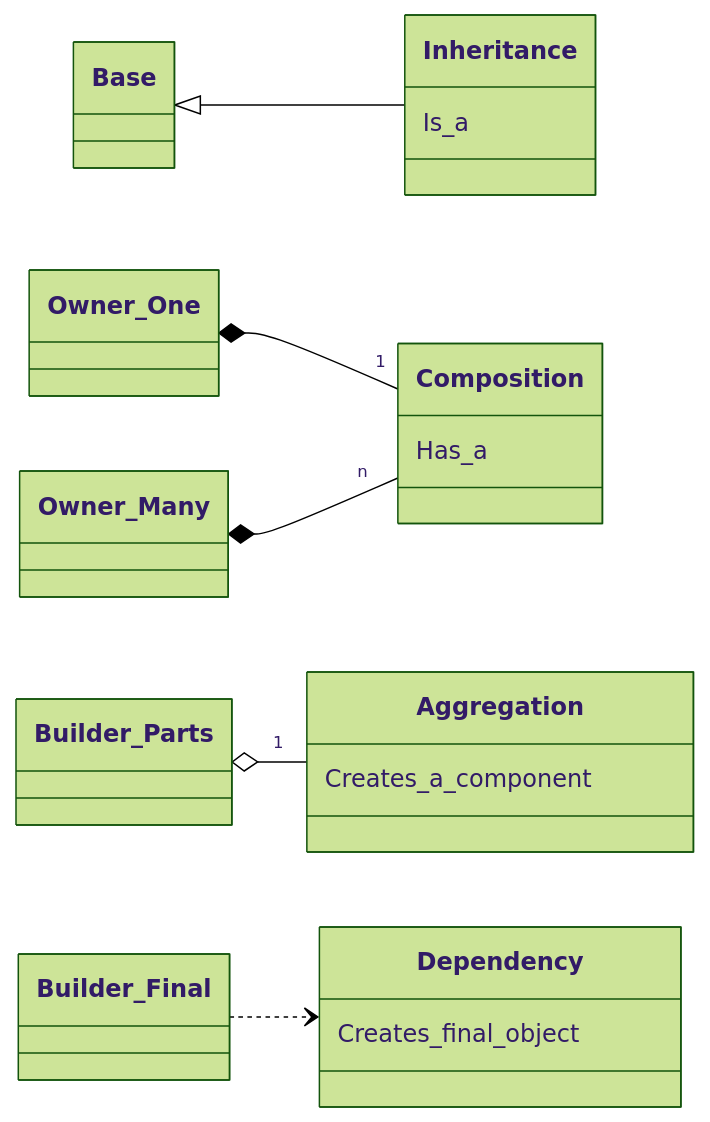
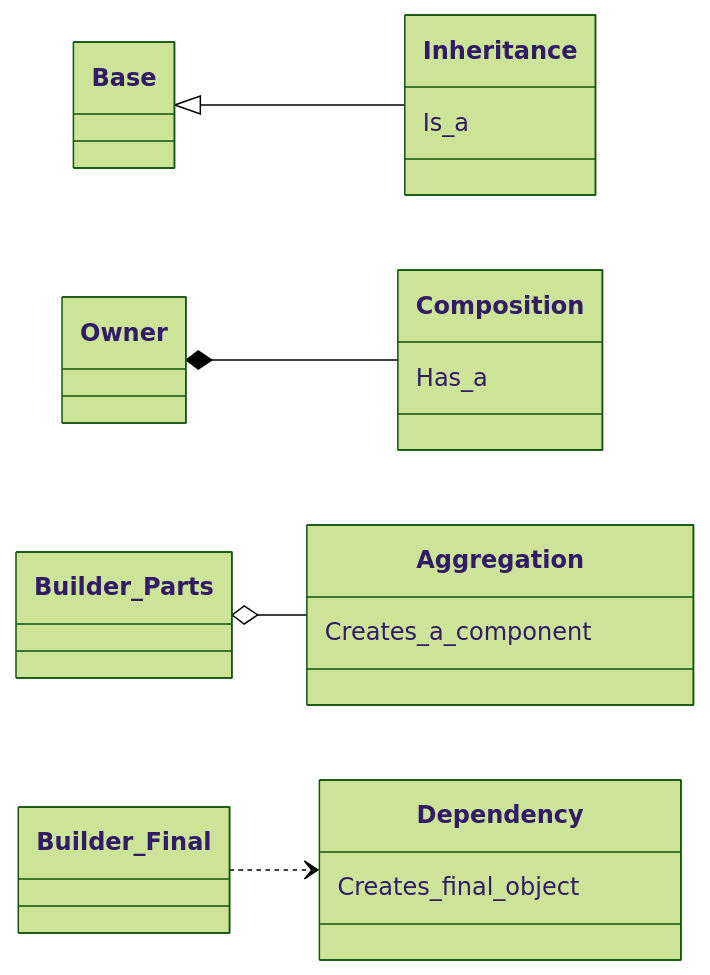
One commit to Cichlidfishexigency721/Modern-CPP-Design-Patterns changed the second of 2 diagrams in 01_Builder/Dynamic_example/diagram.md. Above: the diagram before and after it, drawn with Mermaid (forest theme).

````diff
--- a/01_Builder/Dynamic_example/diagram.md
+++ b/01_Builder/Dynamic_example/diagram.md
@@ -48,14 +48,13 @@
 ```mermaid
 classDiagram
    direction LR
    class Inheritance { Is_a }
    class Composition { Has_a }
    class Aggregation { Creates_a_component }
-   class Dependency { Creates_final_object }
+   class Dependency  { Creates_final_object }
 
    Base <|-- Inheritance
-   Owner_One *-- "1" Composition
-   Owner_Many *-- "n" Composition
-   Builder_Parts o-- "1" Aggregation
+   Owner *-- Composition
+   Builder_Parts o-- Aggregation
    Builder_Final ..> Dependency
 ```
````
